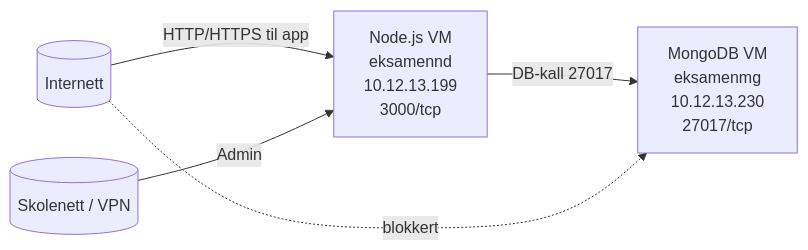
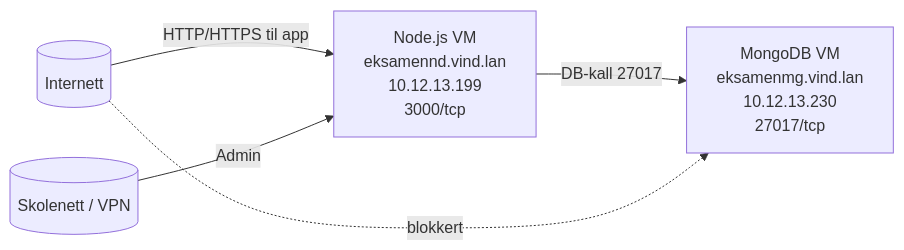
The first of 2 diagrams in docs/NETTVERK_IPPLAN_SEGMENTERING.md (RaulSingh1/eksamentest2), drawn with Mermaid before and after one commit. The commit also changed other lines of this file and 5 other files, not shown here.

````diff
--- a/docs/NETTVERK_IPPLAN_SEGMENTERING.md
+++ b/docs/NETTVERK_IPPLAN_SEGMENTERING.md
@@ -22,13 +22,13 @@
 ```mermaid
 flowchart LR
   Internet[(Internett)]
   SchoolNet[(Skolenett / VPN)]
 
-  NodeVM["Node.js VM\neksamennd\n10.12.13.199\n3000/tcp"]
-  MongoVM["MongoDB VM\neksamenmg\n10.12.13.230\n27017/tcp"]
+  NodeVM["Node.js VM\neksamennd.vind.lan\n10.12.13.199\n3000/tcp"]
+  MongoVM["MongoDB VM\neksamenmg.vind.lan\n10.12.13.230\n27017/tcp"]
 
   Internet -->|HTTP/HTTPS til app| NodeVM
   SchoolNet -->|Admin| NodeVM
   NodeVM -->|DB-kall 27017| MongoVM
   Internet -. blokkert .-> MongoVM
 ```
````
